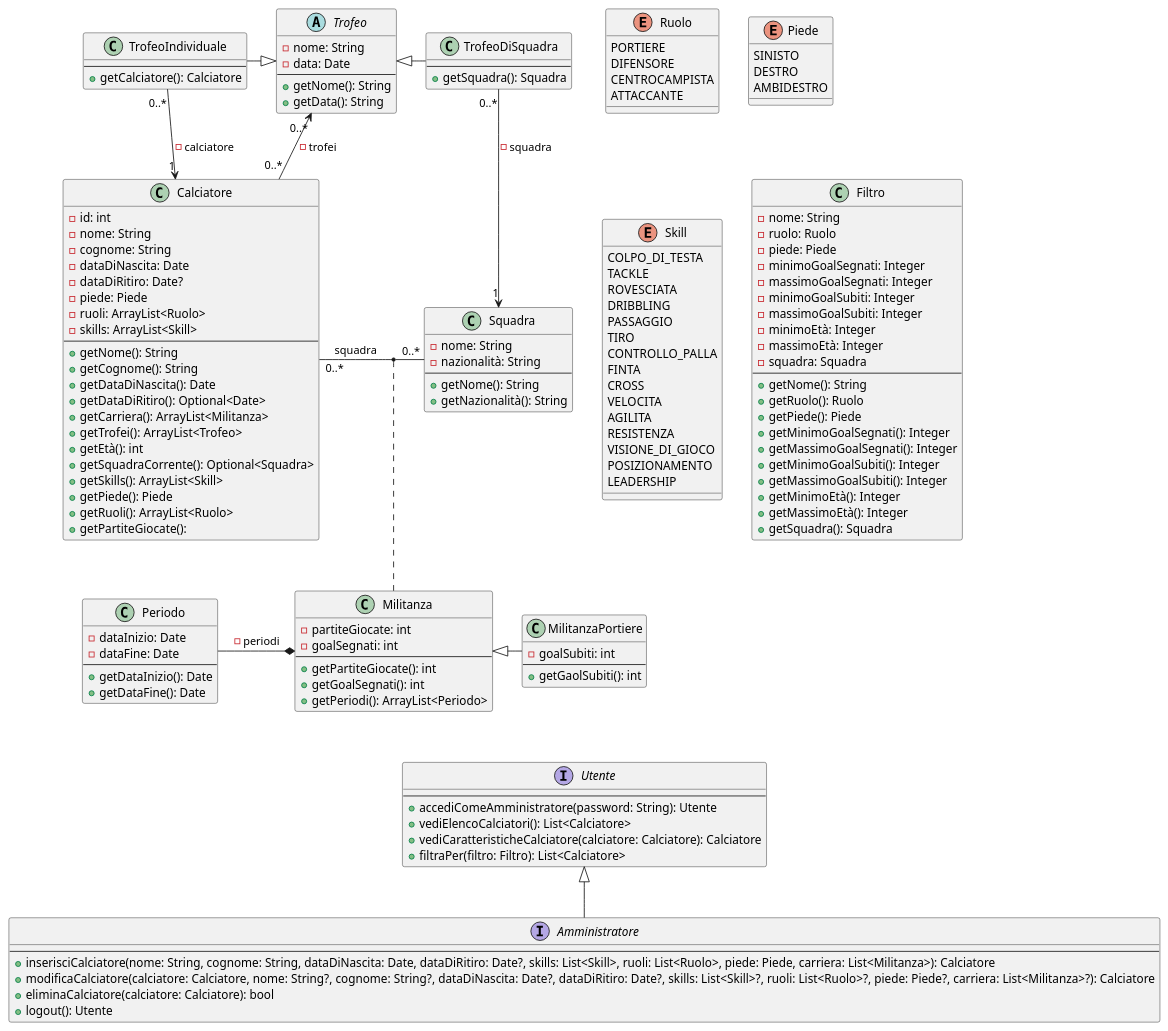
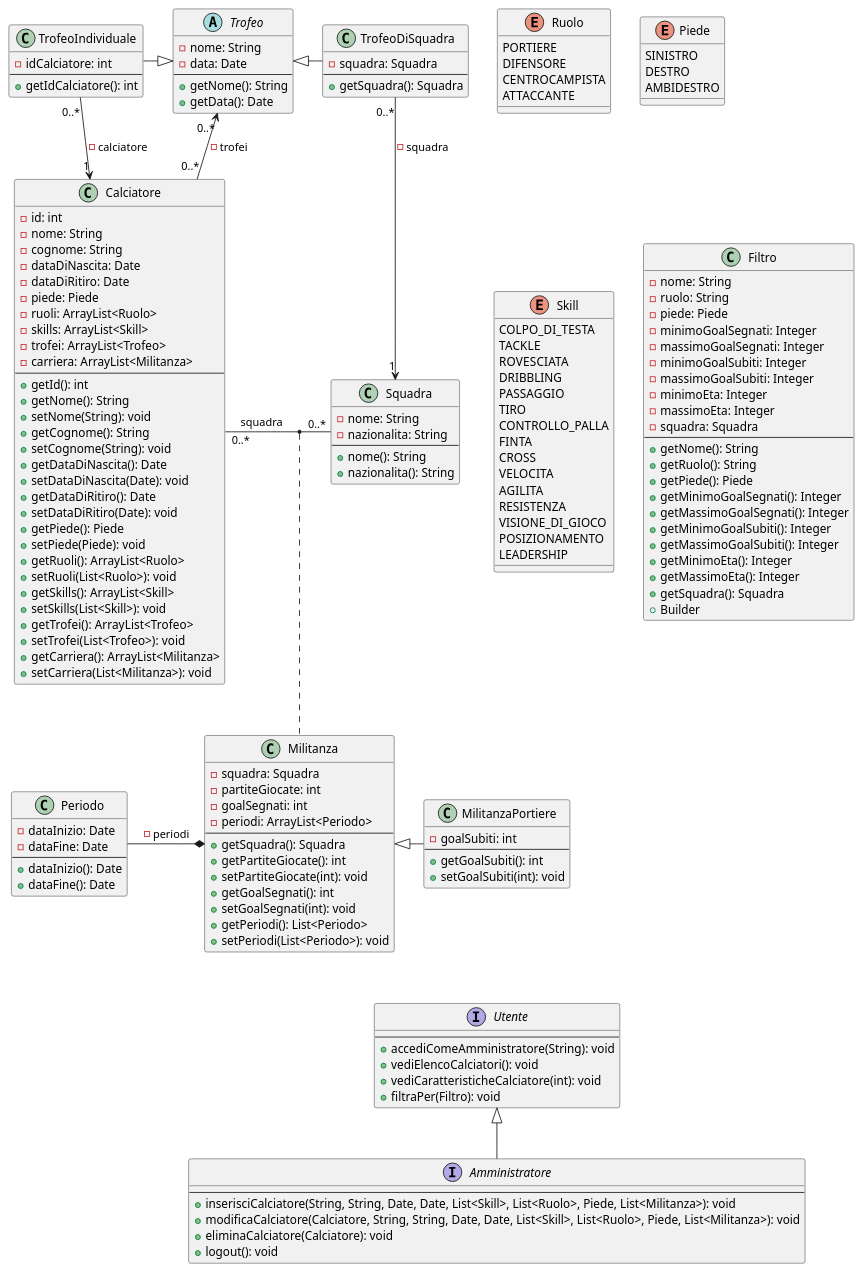
The diagram in doc/model.puml (nunzioricci2000/Fantacalcio), drawn with PlantUML before and after one commit. The commit also changed 6 other files, not shown here.

```diff
--- a/doc/model.puml
+++ b/doc/model.puml
@@ -1,162 +1,181 @@
-@startuml
+@startuml Model
 
 enum Ruolo {
     PORTIERE
     DIFENSORE
     CENTROCAMPISTA
     ATTACCANTE
 }
 
 enum Piede {
-    SINISTO
+    SINISTRO
     DESTRO
     AMBIDESTRO
 }
 
 enum Skill {
     COLPO_DI_TESTA
     TACKLE
     ROVESCIATA
     DRIBBLING
     PASSAGGIO
     TIRO
     CONTROLLO_PALLA
     FINTA
     CROSS
     VELOCITA
     AGILITA
     RESISTENZA
     VISIONE_DI_GIOCO
     POSIZIONAMENTO
     LEADERSHIP
 }
 
 class Calciatore {
     - id: int
     - nome: String
     - cognome: String
     - dataDiNascita: Date
-    - dataDiRitiro: Date?
+    - dataDiRitiro: Date
     - piede: Piede
     - ruoli: ArrayList<Ruolo>
     - skills: ArrayList<Skill>
+    - trofei: ArrayList<Trofeo>
+    - carriera: ArrayList<Militanza>
     ---
+    + getId(): int
     + getNome(): String
+    + setNome(String): void
     + getCognome(): String
+    + setCognome(String): void
     + getDataDiNascita(): Date
-    + getDataDiRitiro(): Optional<Date>
+    + setDataDiNascita(Date): void
+    + getDataDiRitiro(): Date
+    + setDataDiRitiro(Date): void
+    + getPiede(): Piede
+    + setPiede(Piede): void
+    + getRuoli(): ArrayList<Ruolo>
+    + setRuoli(List<Ruolo>): void
+    + getSkills(): ArrayList<Skill>
+    + setSkills(List<Skill>): void
+    + getTrofei(): ArrayList<Trofeo>
+    + setTrofei(List<Trofeo>): void
     + getCarriera(): ArrayList<Militanza>
-    + getTrofei(): ArrayList<Trofeo>
-    + getEtà(): int
-    + getSquadraCorrente(): Optional<Squadra>
-    + getSkills(): ArrayList<Skill>
-    + getPiede(): Piede
-    + getRuoli(): ArrayList<Ruolo>
-    + getPartiteGiocate():
+    + setCarriera(List<Militanza>): void
 }
 
 class Squadra {
     - nome: String
-    - nazionalità: String
+    - nazionalita: String
     ---
-    + getNome(): String
-    + getNazionalità(): String
+    + nome(): String
+    + nazionalita(): String
 }
 
 class Militanza {
+    - squadra: Squadra
     - partiteGiocate: int
     - goalSegnati: int
+    - periodi: ArrayList<Periodo>
     ---
+    + getSquadra(): Squadra
     + getPartiteGiocate(): int
+    + setPartiteGiocate(int): void
     + getGoalSegnati(): int
-    + getPeriodi(): ArrayList<Periodo>
+    + setGoalSegnati(int): void
+    + getPeriodi(): List<Periodo>
+    + setPeriodi(List<Periodo>): void
 }
 
 class MilitanzaPortiere {
     - goalSubiti: int
     ---
-    + getGaolSubiti(): int
+    + getGoalSubiti(): int
+    + setGoalSubiti(int): void
 }
 
 class Periodo {
     - dataInizio: Date
     - dataFine: Date
     ---
-    + getDataInizio(): Date
-    + getDataFine(): Date
+    + dataInizio(): Date
+    + dataFine(): Date
 }
 
 abstract class Trofeo {
     - nome: String
     - data: Date
     ---
     + getNome(): String
-    + getData(): String
+    + getData(): Date
 }
 
 class TrofeoIndividuale {
+    - idCalciatore: int
     ---
-    + getCalciatore(): Calciatore
+    + getIdCalciatore(): int
 }
 
 class TrofeoDiSquadra {
+    - squadra: Squadra
     ---
     + getSquadra(): Squadra
 }
 
 interface Utente {
     ---
-    + accediComeAmministratore(password: String): Utente
-    + vediElencoCalciatori(): List<Calciatore>
-    + vediCaratteristicheCalciatore(calciatore: Calciatore): Calciatore
-    + filtraPer(filtro: Filtro): List<Calciatore>
+    + accediComeAmministratore(String): void
+    + vediElencoCalciatori(): void
+    + vediCaratteristicheCalciatore(int): void
+    + filtraPer(Filtro): void
 }
 
 interface Amministratore {
     ---
-    + inserisciCalciatore(nome: String, cognome: String, dataDiNascita: Date, dataDiRitiro: Date?, skills: List<Skill>, ruoli: List<Ruolo>, piede: Piede, carriera: List<Militanza>): Calciatore
-    + modificaCalciatore(calciatore: Calciatore, nome: String?, cognome: String?, dataDiNascita: Date?, dataDiRitiro: Date?, skills: List<Skill>?, ruoli: List<Ruolo>?, piede: Piede?, carriera: List<Militanza>?): Calciatore
-    + eliminaCalciatore(calciatore: Calciatore): bool
-    + logout(): Utente
+    + inserisciCalciatore(String, String, Date, Date, List<Skill>, List<Ruolo>, Piede, List<Militanza>): void
+    + modificaCalciatore(Calciatore, String, String, Date, Date, List<Skill>, List<Ruolo>, Piede, List<Militanza>): void
+    + eliminaCalciatore(Calciatore): void
+    + logout(): void
 }
 
 class Filtro {
     - nome: String
-    - ruolo: Ruolo
+    - ruolo: String
     - piede: Piede
     - minimoGoalSegnati: Integer
     - massimoGoalSegnati: Integer
     - minimoGoalSubiti: Integer
     - massimoGoalSubiti: Integer
-    - minimoEtà: Integer
-    - massimoEtà: Integer
+    - minimoEta: Integer
+    - massimoEta: Integer
     - squadra: Squadra
     ---
     + getNome(): String
-    + getRuolo(): Ruolo
+    + getRuolo(): String
     + getPiede(): Piede
     + getMinimoGoalSegnati(): Integer
     + getMassimoGoalSegnati(): Integer
     + getMinimoGoalSubiti(): Integer
     + getMassimoGoalSubiti(): Integer
-    + getMinimoEtà(): Integer
-    + getMassimoEtà(): Integer
+    + getMinimoEta(): Integer
+    + getMassimoEta(): Integer
     + getSquadra(): Squadra
+    + Builder
 }
 
 ' Generalizzazioni
 Militanza <|- MilitanzaPortiere
 Trofeo <|-l- TrofeoIndividuale
 Trofeo <|-r- TrofeoDiSquadra
 Utente <|-d- Amministratore
 
 Calciatore "0..*" -r- "0..*" Squadra: - squadra
 (Calciatore, Squadra) .. Militanza
 Militanza *-l- Periodo: - periodi
 Trofeo "0..*" <-d- "0..*" Calciatore: - trofei
 TrofeoDiSquadra "0..*" -d-> "1" Squadra: - squadra
 TrofeoIndividuale "0..*" -d-> "1" Calciatore: - calciatore
 
 MilitanzaPortiere -[hidden]- Utente
 
 @enduml
```
